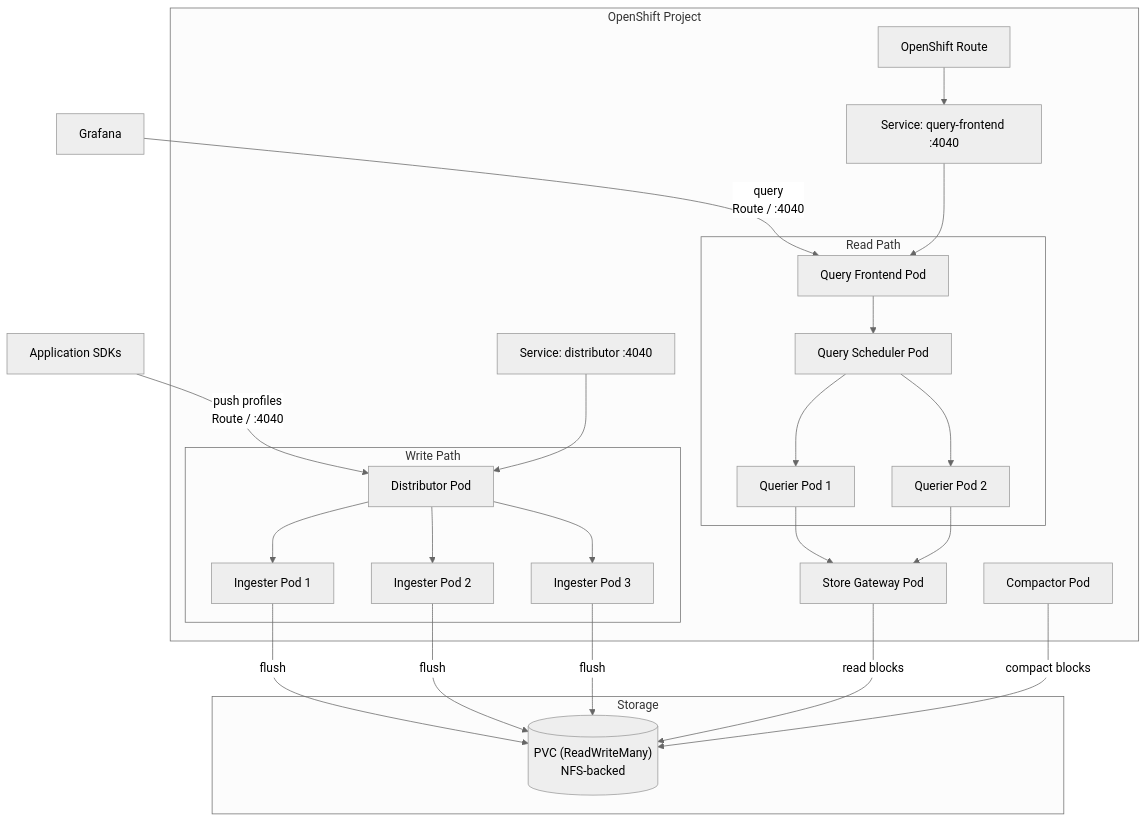
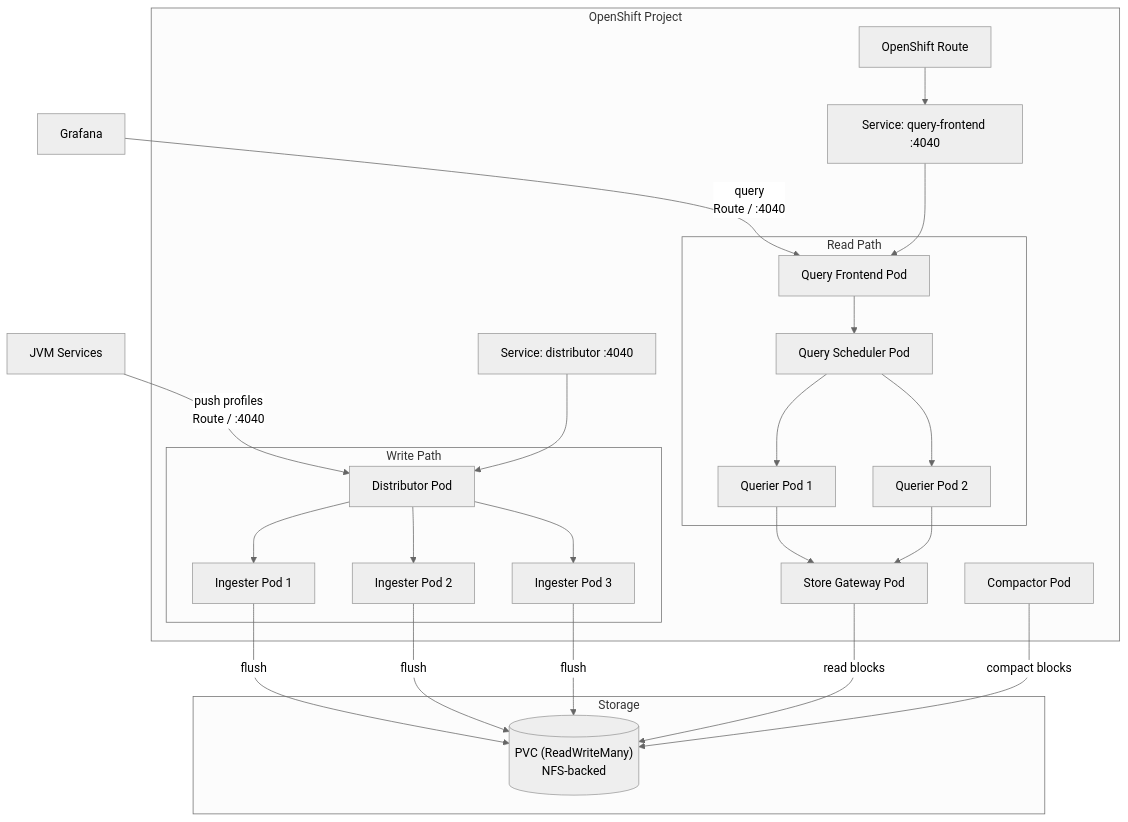
One commit to aff0gat000/pyroscope changed the diagram in deploy/microservices/openshift/README.md. Above: the diagram before and after it, drawn with Mermaid (neutral theme). The commit also changed 13 other files, not shown here.

First line of the commit message:
Clean up doc language and fix deploy diagrams

````diff
--- a/deploy/microservices/openshift/README.md
+++ b/deploy/microservices/openshift/README.md
@@ -7,47 +7,47 @@
 ```mermaid
 graph TB
-    SDK[Application SDKs] -->|push profiles<br/>Route / :4040| DIST
+    SDK[JVM Services] -->|push profiles<br/>Route / :4040| DIST
     G[Grafana] -->|query<br/>Route / :4040| QF
 
     subgraph OpenShift Project
         subgraph Write Path
             DIST[Distributor Pod]
             DIST --> ING1[Ingester Pod 1]
             DIST --> ING2[Ingester Pod 2]
             DIST --> ING3[Ingester Pod 3]
         end
 
         subgraph Read Path
             QF[Query Frontend Pod]
             QS[Query Scheduler Pod]
             Q1[Querier Pod 1]
             Q2[Querier Pod 2]
             QF --> QS
             QS --> Q1
             QS --> Q2
         end
 
         SG[Store Gateway Pod]
         C[Compactor Pod]
 
         RT[OpenShift Route]
         SVC_D[Service: distributor :4040]
         SVC_QF[Service: query-frontend :4040]
     end
 
     subgraph Storage
         PVC[("PVC (ReadWriteMany)<br/>NFS-backed")]
     end
 
     RT --> SVC_QF
     SVC_D --> DIST
     SVC_QF --> QF
 
     ING1 -->|flush| PVC
     ING2 -->|flush| PVC
     ING3 -->|flush| PVC
     Q1 --> SG
     Q2 --> SG
     SG -->|read blocks| PVC
     C -->|compact blocks| PVC
 ```
````
